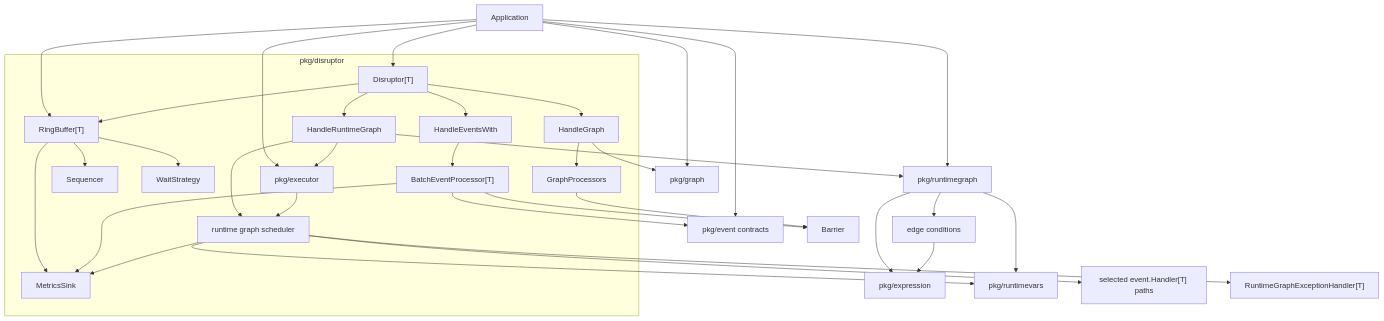
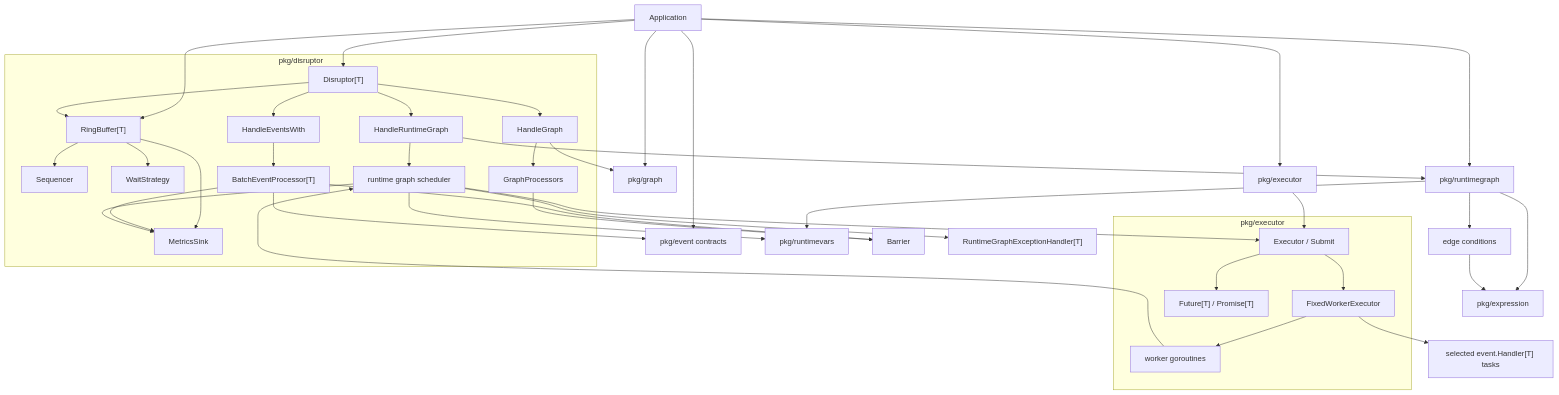
One commit to photowey/disruptor.go changed the first of 5 diagrams in README.md. Above: the diagram before and after it, drawn with Mermaid. The commit also changed other lines of this file and 9 other files, not shown here.

Commit message:
docs: document runtime graph executor flow

````diff
--- a/README.md
+++ b/README.md
@@ -172,40 +172,50 @@
 ```mermaid
 flowchart TB
     App["Application"] --> D["Disruptor[T]"]
     App --> RB["RingBuffer[T]"]
     App --> EventPkg["pkg/event contracts"]
-    App --> ExecutorPkg["pkg/executor"]
+    App --> ExecutorAPI["pkg/executor"]
     App --> GraphPkg["pkg/graph"]
     App --> RuntimeGraphPkg["pkg/runtimegraph"]
     RuntimeGraphPkg --> ExprPkg["pkg/expression"]
     RuntimeGraphPkg --> VarsPkg["pkg/runtimevars"]
 
     subgraph DisruptorPkg["pkg/disruptor"]
         D --> RB
         RB --> S["Sequencer"]
         RB --> W["WaitStrategy"]
         RB --> M["MetricsSink"]
 
         D --> Fanout["HandleEventsWith"]
         D --> StaticGraph["HandleGraph"]
         D --> RuntimeGraphMode["HandleRuntimeGraph"]
         Fanout --> P["BatchEventProcessor[T]"]
         StaticGraph --> GP["GraphProcessors"]
         RuntimeGraphMode --> RSP["runtime graph scheduler"]
-        RuntimeGraphMode --> ExecutorPkg
+    end
+
+    subgraph ExecutorInternals["pkg/executor"]
+        Exec["Executor / Submit"]
+        Pool["FixedWorkerExecutor"]
+        Fut["Future[T] / Promise[T]"]
+        Exec --> Pool
+        Exec --> Fut
+        Pool --> Worker["worker goroutines"]
     end
 
     P --> B["Barrier"]
     P --> EventPkg
     GP --> B
     StaticGraph --> GraphPkg
     RuntimeGraphMode --> RuntimeGraphPkg
     RuntimeGraphPkg --> EC["edge conditions"]
     EC --> ExprPkg
     RSP --> VarsPkg
-    ExecutorPkg --> RSP
-    RSP --> RH["selected event.Handler[T] paths"]
+    ExecutorAPI --> Exec
+    RSP --> Exec
+    Pool --> RH["selected event.Handler[T] tasks"]
+    Worker --> RSP
     RSP --> RE["RuntimeGraphExceptionHandler[T]"]
     P --> M
     RSP --> M
 ```
````
